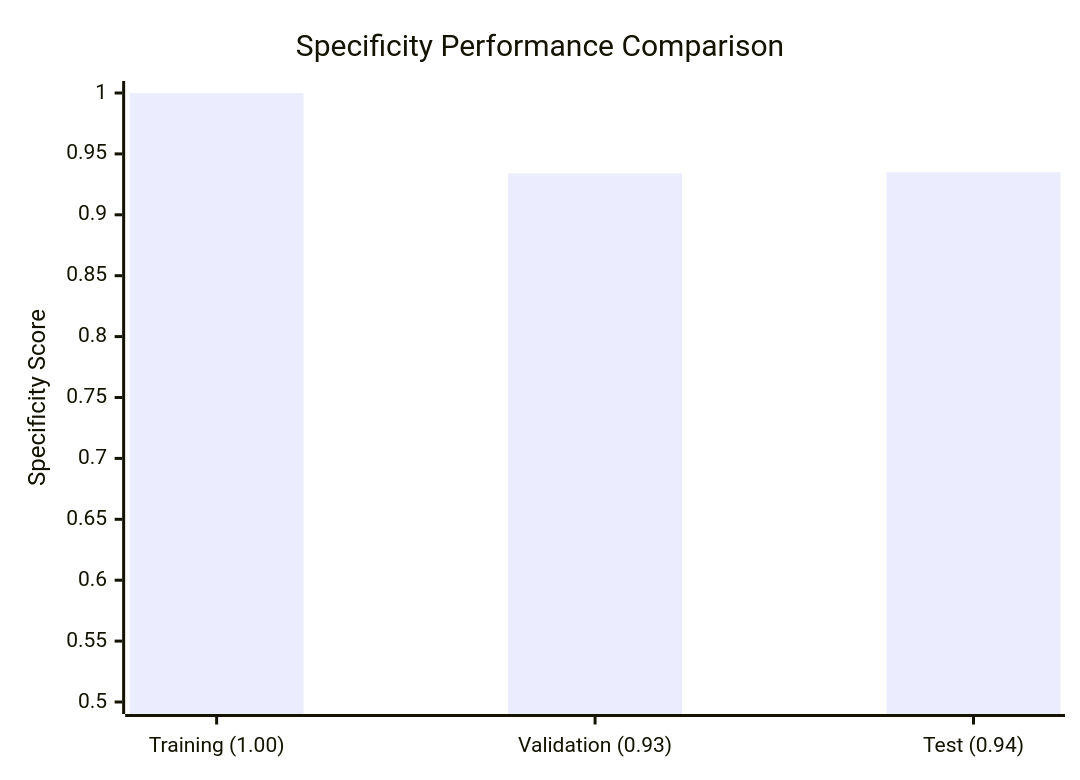
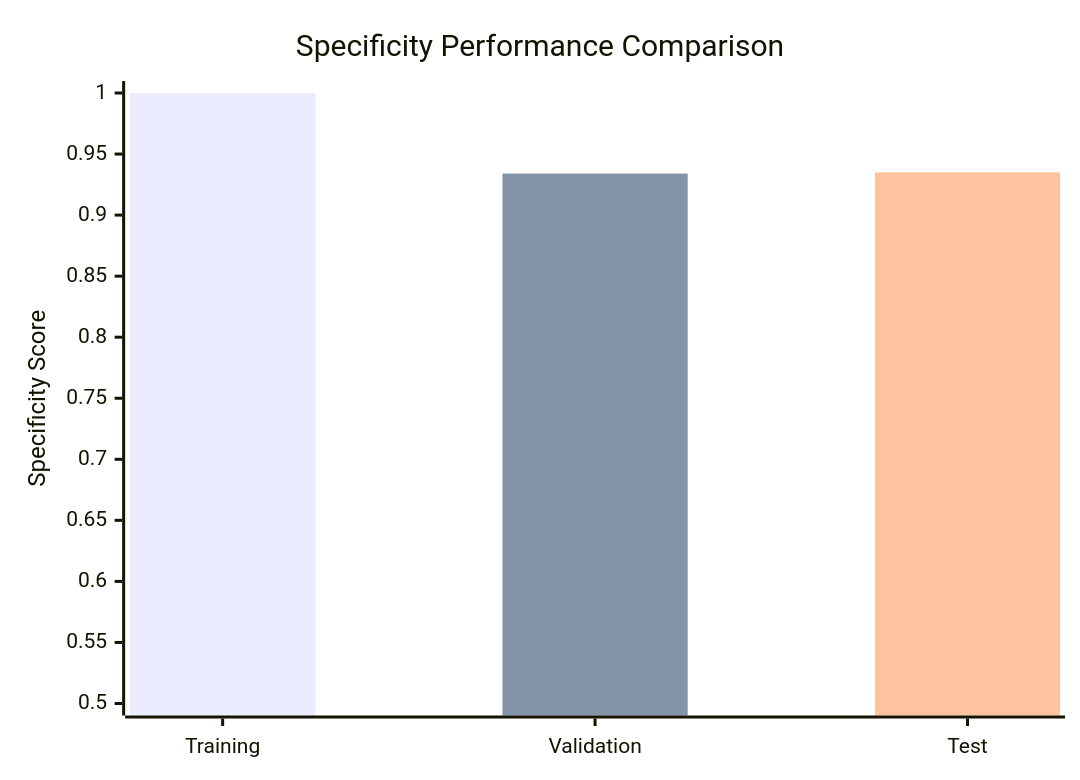
One commit to Daniel-Lachner-Piza/EEG_Characterizer_HFO changed the fifth of 5 diagrams in README.md. Above: the diagram before and after it, drawn with Mermaid. The commit also changed other lines of this file, not shown here.

````diff
--- a/README.md
+++ b/README.md
@@ -78,7 +86,9 @@
 ```mermaid
 xychart-beta
     title "Specificity Performance Comparison"
-    x-axis ["Training (1.00)", "Validation (0.93)", "Test (0.94)"]
+    x-axis [Training, Validation, Test]
     y-axis "Specificity Score" 0.5 --> 1.0
-    bar [1.000, 0.934, 0.935]
+    bar "Training (1.00)" [1.000, 0, 0]
+    bar "Validation (0.93)" [0, 0.934, 0]
+    bar "Test (0.94)" [0, 0, 0.935]
 ```
````
